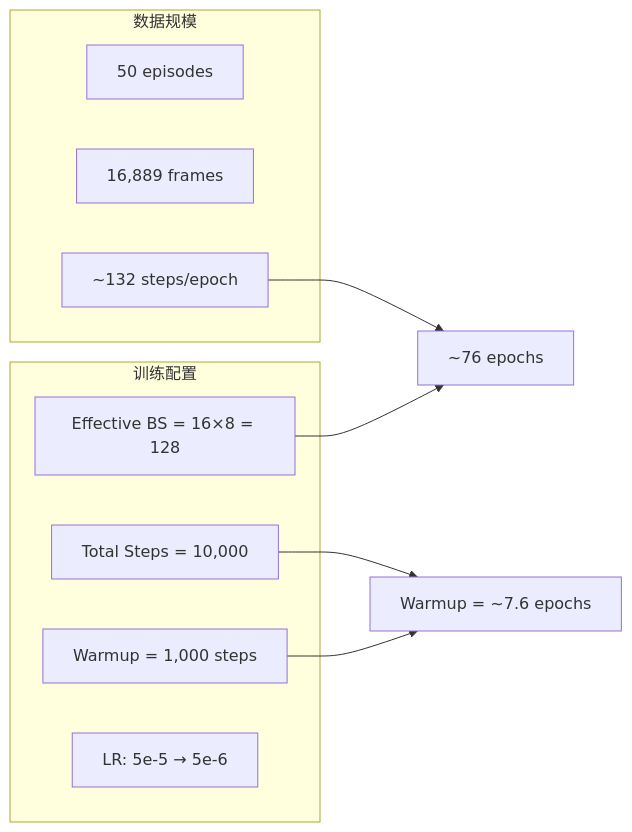
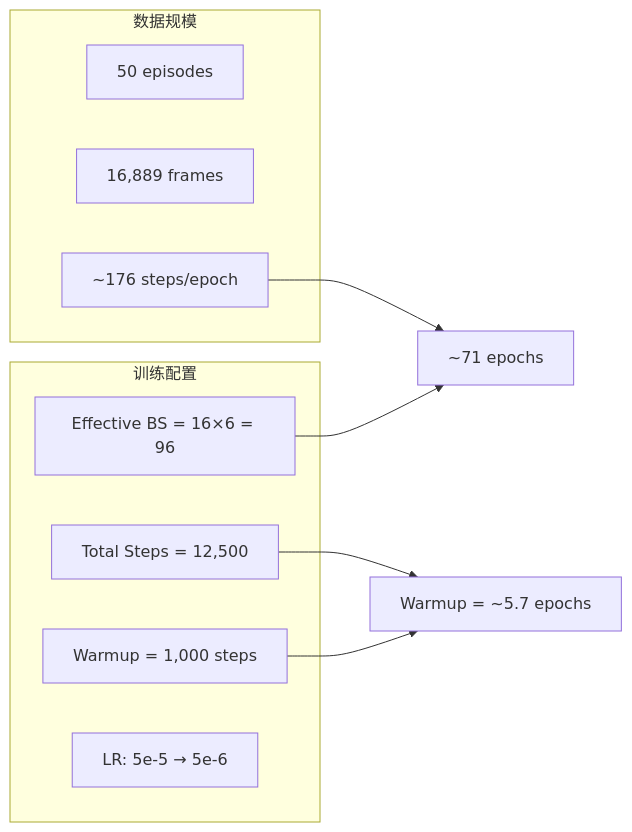
The diagram in b/d/p/reprd_rbtwn_hngMg.md (lgautel/InternVLA-A-series), drawn with Mermaid before and after one commit. The commit also changed other lines of this file and 2 other files, not shown here.

````diff
--- a/b/d/p/reprd_rbtwn_hngMg.md
+++ b/b/d/p/reprd_rbtwn_hngMg.md
@@ -329,16 +335,16 @@
 ```mermaid
 graph LR
     subgraph "训练配置"
-        A["Effective BS = 16×8 = 128"]
-        B["Total Steps = 10,000"]
+        A["Effective BS = 16×6 = 96"]
+        B["Total Steps = 12,500"]
         C["Warmup = 1,000 steps"]
         D["LR: 5e-5 → 5e-6"]
     end
     subgraph "数据规模"
         E["50 episodes"]
         F["16,889 frames"]
-        G["~132 steps/epoch"]
+        G["~176 steps/epoch"]
     end
-    A & G --> H["~76 epochs"]
-    B & C --> I["Warmup = ~7.6 epochs"]
+    A & G --> H["~71 epochs"]
+    B & C --> I["Warmup = ~5.7 epochs"]
 ```
````
